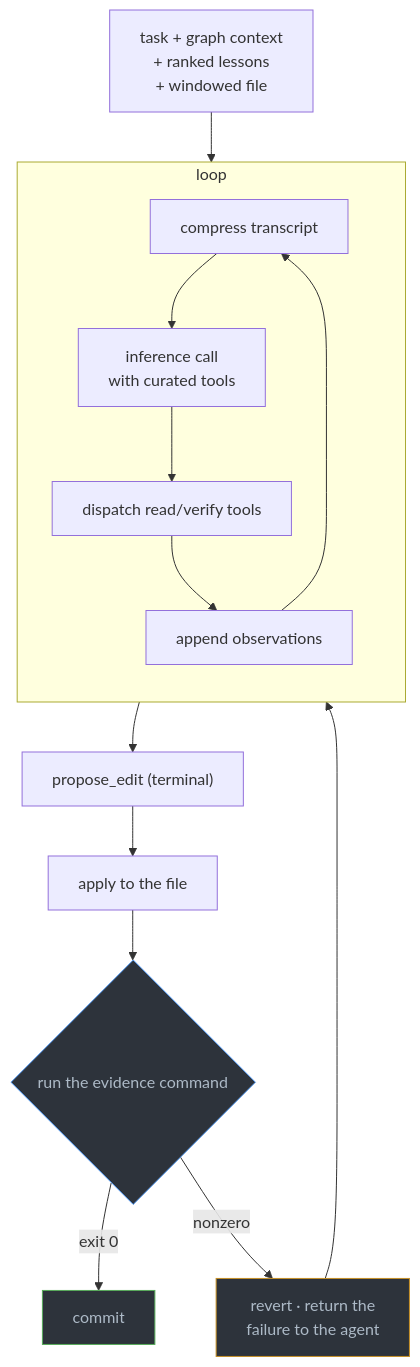
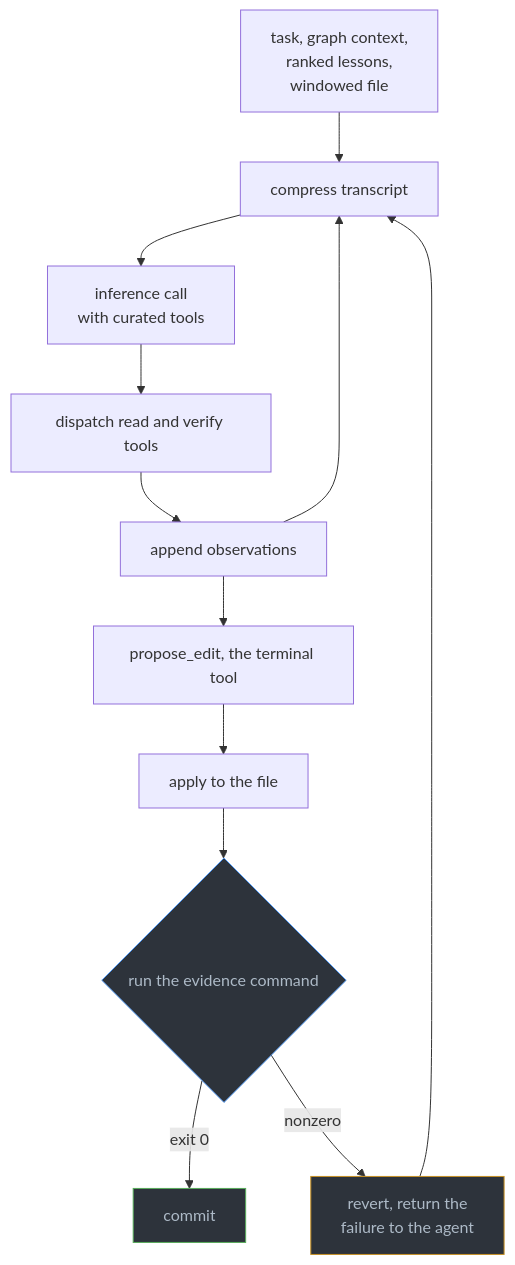
Before and after one commit to gaberger/hex: the second of 3 diagrams in ARCHITECTURE.md, drawn with Mermaid. The commit also changed other lines of this file and 2 other files, not shown here.

````diff
--- a/ARCHITECTURE.md
+++ b/ARCHITECTURE.md
@@ -37,23 +37,18 @@
 ```mermaid
 flowchart TB
-    IN["task + graph context<br/>+ ranked lessons<br/>+ windowed file"] --> L
-
-    subgraph L["loop"]
-        direction TB
-        A["compress transcript"] --> B["inference call<br/>with curated tools"]
-        B --> C["dispatch read/verify tools"]
-        C --> D["append observations"]
-        D --> A
-    end
-
-    L --> E["propose_edit (terminal)"]
+    IN["task, graph context,<br/>ranked lessons,<br/>windowed file"] --> A
+    A["compress transcript"] --> B["inference call<br/>with curated tools"]
+    B --> C["dispatch read and verify tools"]
+    C --> D["append observations"]
+    D --> A
+    D --> E["propose_edit, the terminal tool"]
     E --> F["apply to the file"]
     F --> G{"run the evidence command"}
     G -->|"exit 0"| H["commit"]
-    G -->|"nonzero"| I["revert · return the<br/>failure to the agent"]
+    G -->|"nonzero"| I["revert, return the<br/>failure to the agent"]
     I --> A
 
     style G fill:#2d333b,stroke:#539bf5,color:#adbac7
     style H fill:#2d333b,stroke:#57ab5a,color:#adbac7
     style I fill:#2d333b,stroke:#c69026,color:#adbac7
 ```
````
